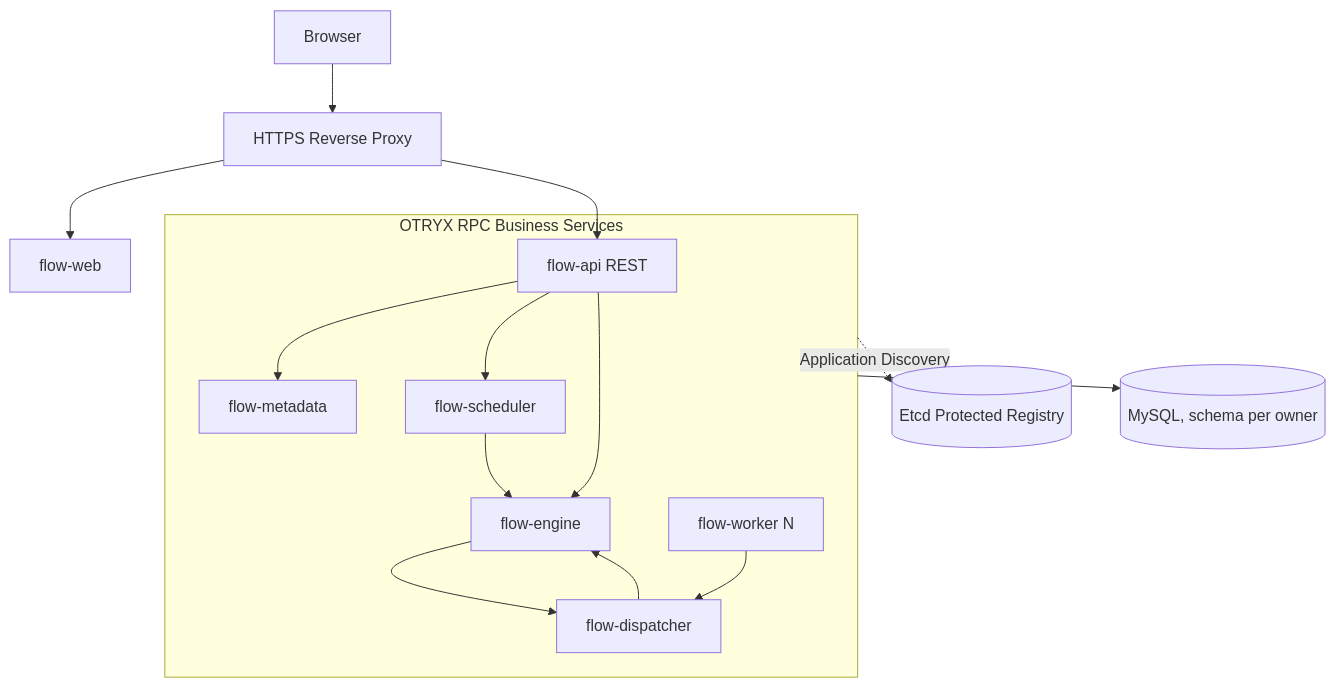
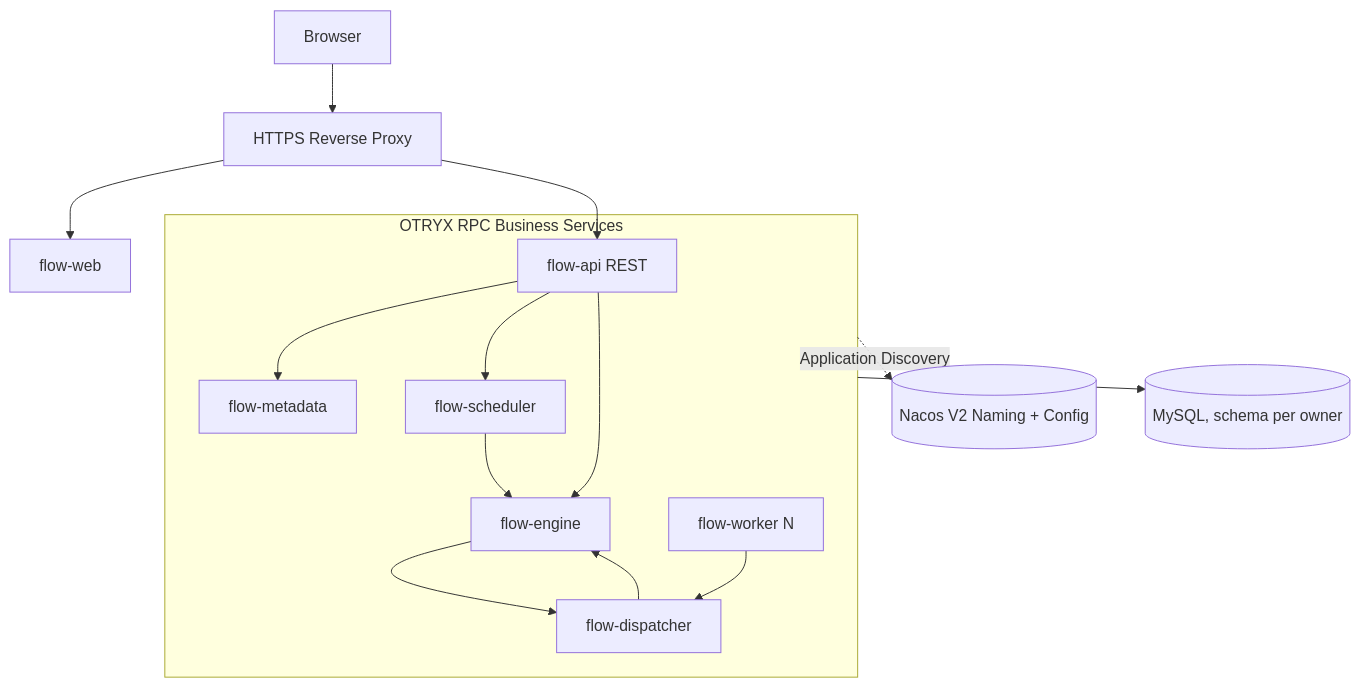
Before and after one commit to Ryan-Guizhou/otryx-flow: the diagram in README.en-US.md, drawn with Mermaid. The commit also changed other lines of this file and 26 other files, not shown here.

Commit message:
feat(registry): migrate Flow exclusively to Nacos 3.2.4 with V2 bootstrap (#15)

````diff
--- a/README.en-US.md
+++ b/README.en-US.md
@@ -19,17 +19,17 @@
 ```mermaid
 flowchart TB
     Browser[Browser] --> TLS[HTTPS Reverse Proxy]
     TLS --> Web[flow-web]
     TLS --> API[flow-api REST]
     subgraph Runtime[OTRYX RPC Business Services]
       API --> Metadata[flow-metadata]
       API --> Scheduler[flow-scheduler]
       API --> Engine[flow-engine]
       Scheduler --> Engine
       Engine --> Dispatcher[flow-dispatcher]
       Worker[flow-worker N] --> Dispatcher
       Dispatcher --> Engine
     end
-    Runtime -. Application Discovery .-> Registry[(Etcd Protected Registry)]
+    Runtime -. Application Discovery .-> Registry[(Nacos V2 Naming + Config)]
     Runtime --> Database[(MySQL, schema per owner)]
 ```
````
